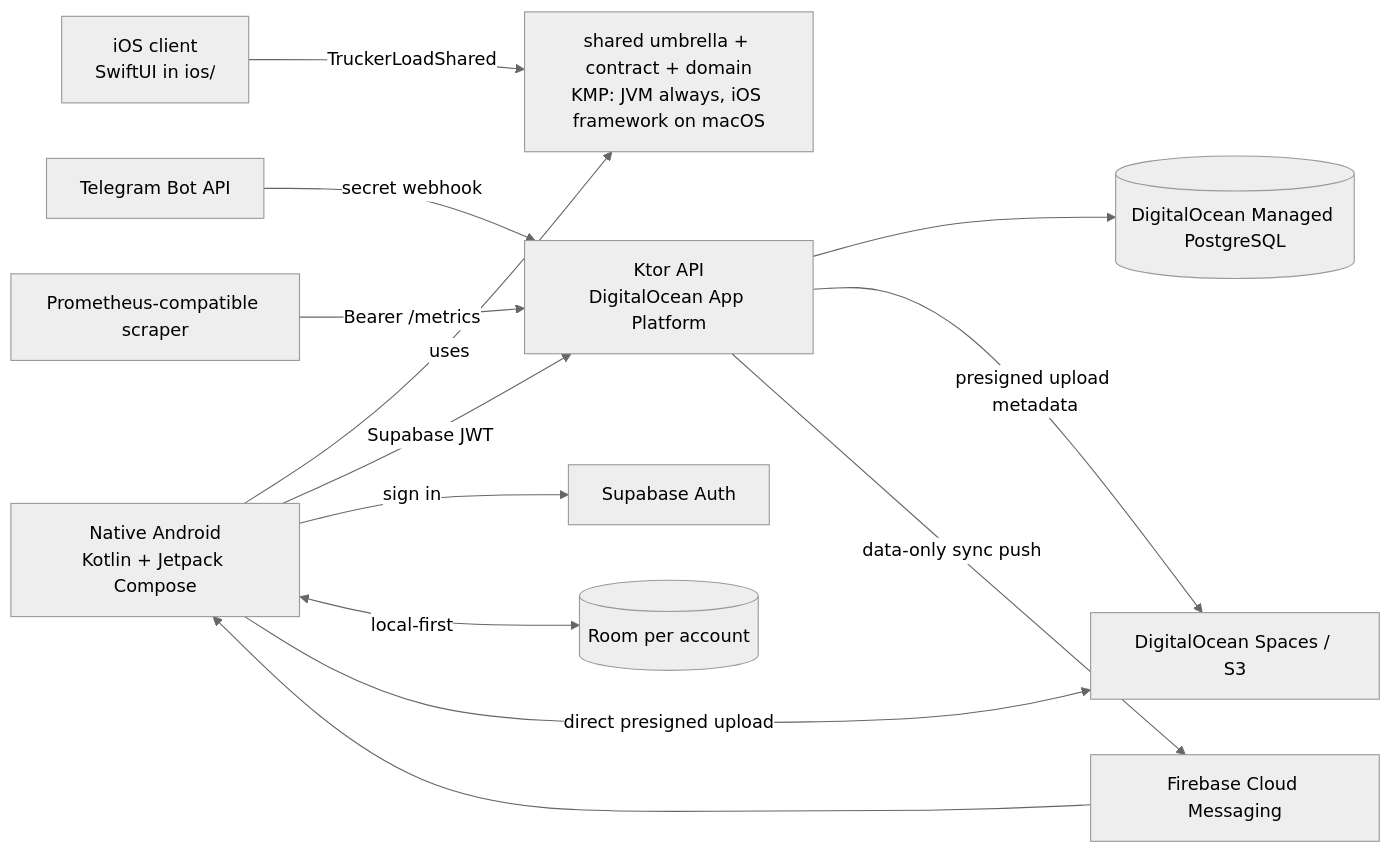
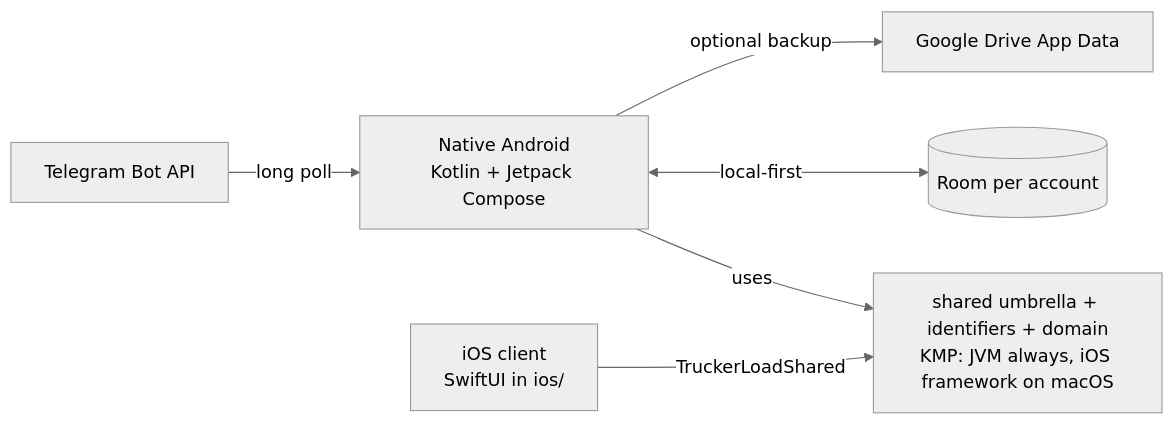
Before and after one commit to khaidarsafarov-droid/MyFinance: the diagram in truckerload/docs/TARGET_ARCHITECTURE.md, drawn with Mermaid (neutral theme). The commit also changed other lines of this file and 192 other files, not shown here.

First line of the commit message:
Remove unused Ktor backend, Supabase auth, and cloud sync

````diff
--- a/truckerload/docs/TARGET_ARCHITECTURE.md
+++ b/truckerload/docs/TARGET_ARCHITECTURE.md
@@ -3,16 +3,9 @@
 ```mermaid
 flowchart LR
-    S[shared umbrella + contract + domain\nKMP: JVM always, iOS framework on macOS]
+    S[shared umbrella + identifiers + domain\nKMP: JVM always, iOS framework on macOS]
     A[Native Android\nKotlin + Jetpack Compose] -->|uses| S
     I[iOS client\nSwiftUI in ios/] -->|TruckerLoadShared| S
-    A -->|Supabase JWT| K[Ktor API\nDigitalOcean App Platform]
-    A -->|sign in| U[Supabase Auth]
     A <-->|local-first| R[(Room per account)]
-    T[Telegram Bot API] -->|secret webhook| K
-    K --> P[(DigitalOcean Managed PostgreSQL)]
-    K -->|presigned upload metadata| S3[DigitalOcean Spaces / S3]
-    A -->|direct presigned upload| S3
-    K -->|data-only sync push| F[Firebase Cloud Messaging]
-    F --> A
-    O[Prometheus-compatible scraper] -->|Bearer /metrics| K
+    A -->|optional backup| D[Google Drive App Data]
+    T[Telegram Bot API] -->|long poll| A
 ```
````
